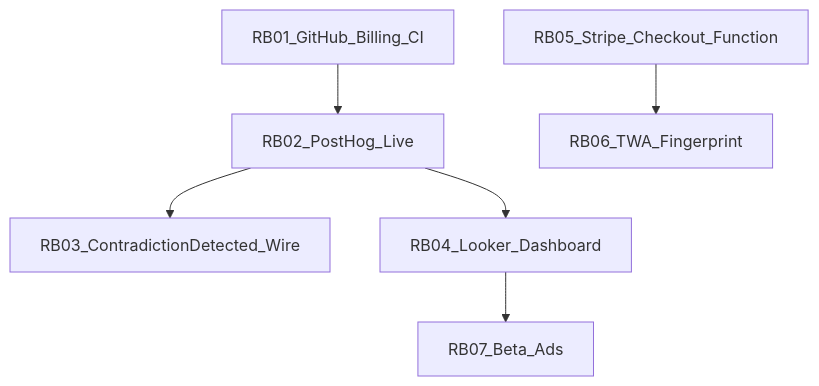
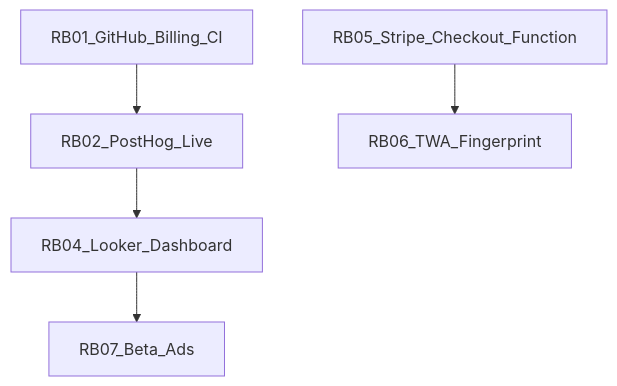
One commit to ENZO7700/forenz-detectiv changed the diagram in docs/REMAINING_BACKLOG.md. Above: the diagram before and after it, drawn with Mermaid. The commit also changed other lines of this file and 4 other files, not shown here.

````diff
--- a/docs/REMAINING_BACKLOG.md
+++ b/docs/REMAINING_BACKLOG.md
@@ -44,8 +44,7 @@
 ```mermaid
 flowchart TD
   T1[RB01_GitHub_Billing_CI] --> T2[RB02_PostHog_Live]
-  T2 --> T3[RB03_ContradictionDetected_Wire]
   T2 --> T4[RB04_Looker_Dashboard]
   T5[RB05_Stripe_Checkout_Function] --> T6[RB06_TWA_Fingerprint]
   T4 --> T7[RB07_Beta_Ads]
 ```
````
